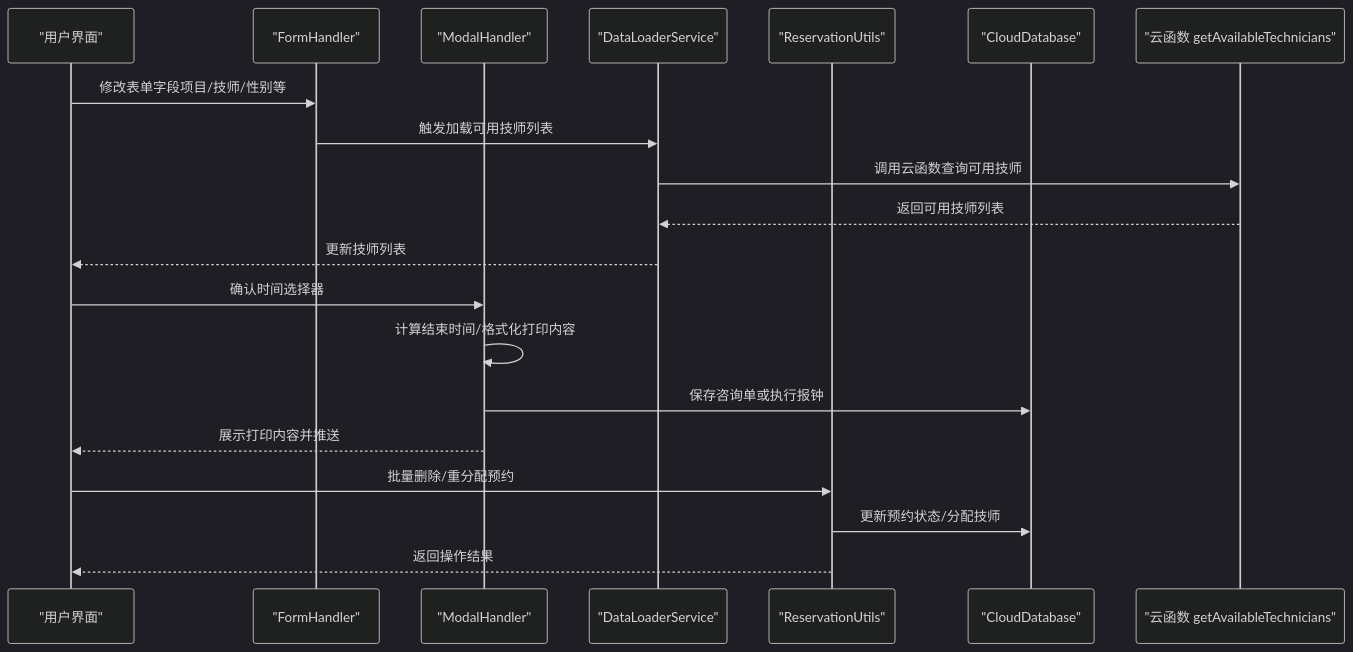
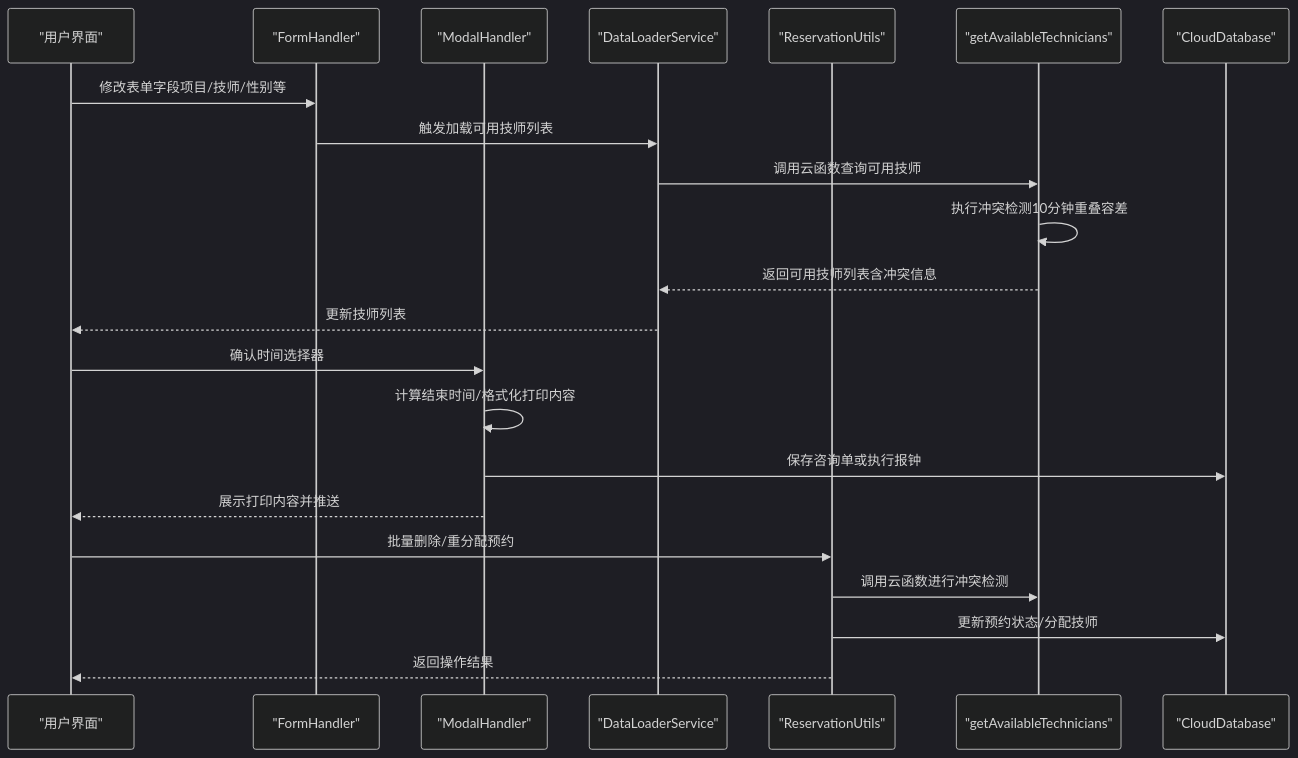
The second of 9 diagrams in .qoder/repowiki/zh/content/预约管理系统/预约创建与管理.md (xwHoward/padoo-consulation-printer), drawn with Mermaid (dark theme) before and after one commit. The commit also changed other lines of this file and 21 other files, not shown here.

````diff
--- a/.qoder/repowiki/zh/content/预约管理系统/预约创建与管理.md
+++ b/.qoder/repowiki/zh/content/预约管理系统/预约创建与管理.md
@@ -117,22 +128,24 @@
 ```mermaid
 sequenceDiagram
 participant P as "用户界面"
 participant FH as "FormHandler"
 participant MH as "ModalHandler"
 participant DL as "DataLoaderService"
 participant RU as "ReservationUtils"
+participant GAT as "getAvailableTechnicians"
 participant CDB as "CloudDatabase"
-participant CF as "云函数 getAvailableTechnicians"
 P->>FH : 修改表单字段项目/技师/性别等
 FH->>DL : 触发加载可用技师列表
-DL->>CF : 调用云函数查询可用技师
-CF-->>DL : 返回可用技师列表
+DL->>GAT : 调用云函数查询可用技师
+GAT->>GAT : 执行冲突检测10分钟重叠容差
+GAT-->>DL : 返回可用技师列表含冲突信息
 DL-->>P : 更新技师列表
 P->>MH : 确认时间选择器
 MH->>MH : 计算结束时间/格式化打印内容
 MH->>CDB : 保存咨询单或执行报钟
 MH-->>P : 展示打印内容并推送
 P->>RU : 批量删除/重分配预约
+RU->>GAT : 调用云函数进行冲突检测
 RU->>CDB : 更新预约状态/分配技师
 RU-->>P : 返回操作结果
 ```
````
